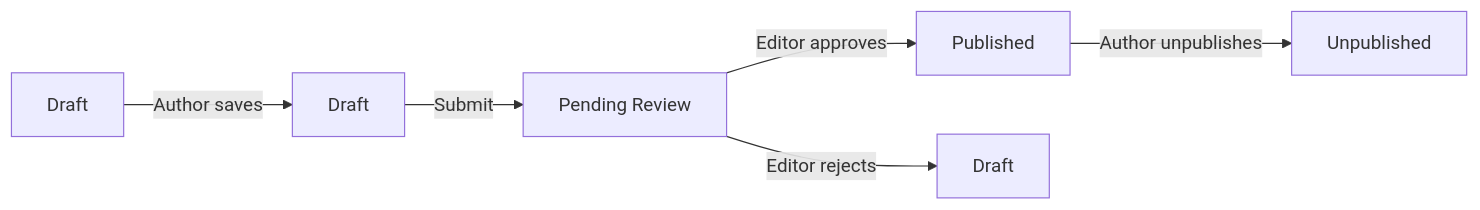
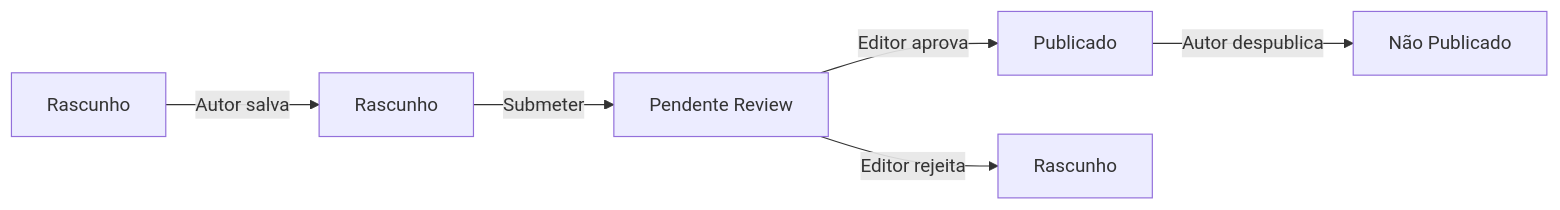
One commit to mambax7/xoops-docs changed the second of 3 diagrams in apps/docs-27/src/content/docs/pt/modules/publisher/user-guide/articles.md. Above: the diagram before and after it, drawn with Mermaid. The commit also changed other lines of this file and 162 other files, not shown here.

````diff
--- a/apps/docs-27/src/content/docs/pt/modules/publisher/user-guide/articles.md
+++ b/apps/docs-27/src/content/docs/pt/modules/publisher/user-guide/articles.md
@@ -387,8 +387,8 @@
 ```mermaid
 graph LR
-    A[Draft] -->|Author saves| B[Draft]
-    B -->|Submit| C[Pending Review]
-    C -->|Editor approves| D[Published]
-    D -->|Author unpublishes| E[Unpublished]
-    C -->|Editor rejects| F[Draft]
+    A[Rascunho] -->|Autor salva| B[Rascunho]
+    B -->|Submeter| C[Pendente Review]
+    C -->|Editor aprova| D[Publicado]
+    D -->|Autor despublica| E[Não Publicado]
+    C -->|Editor rejeita| F[Rascunho]
 ```
````
